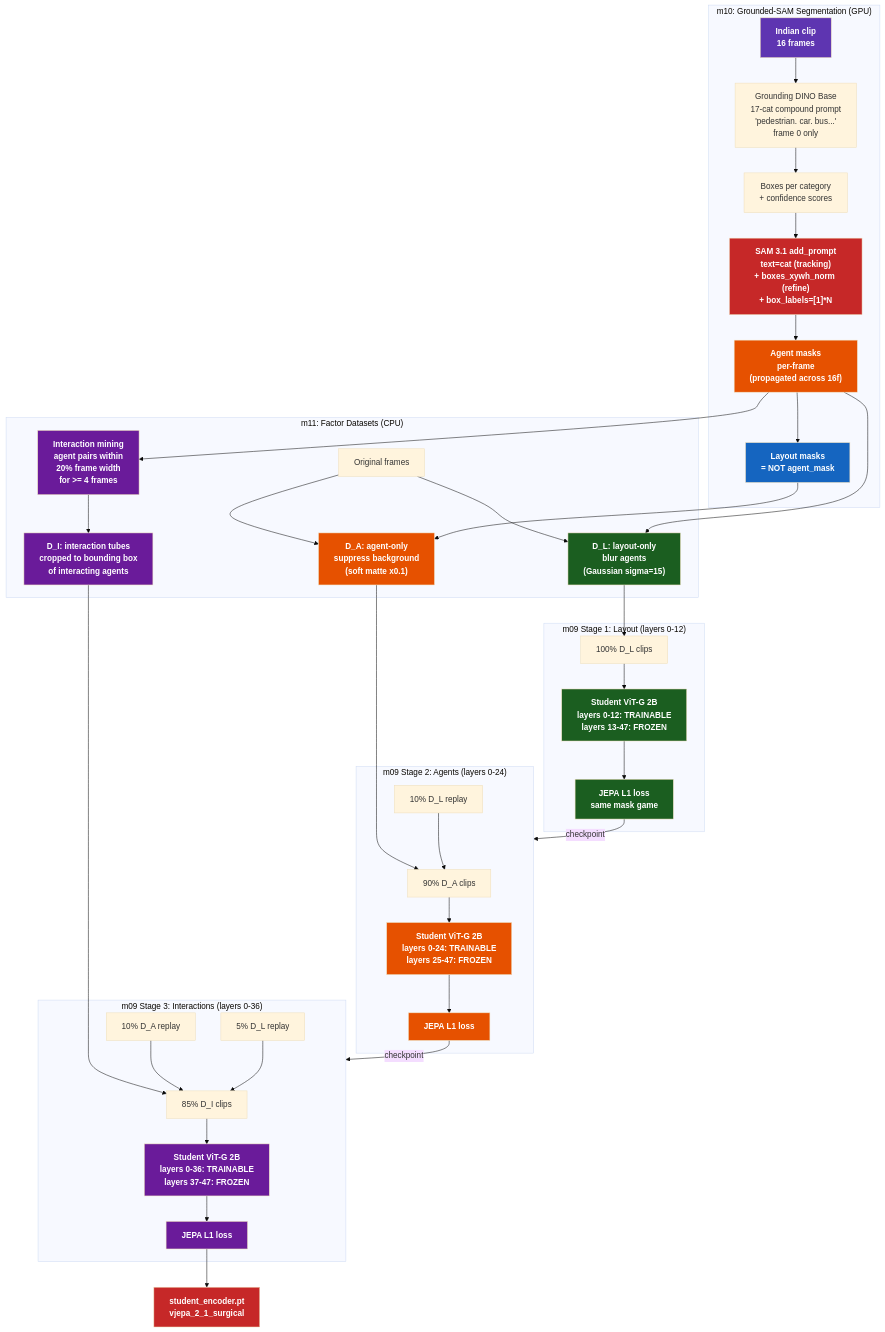
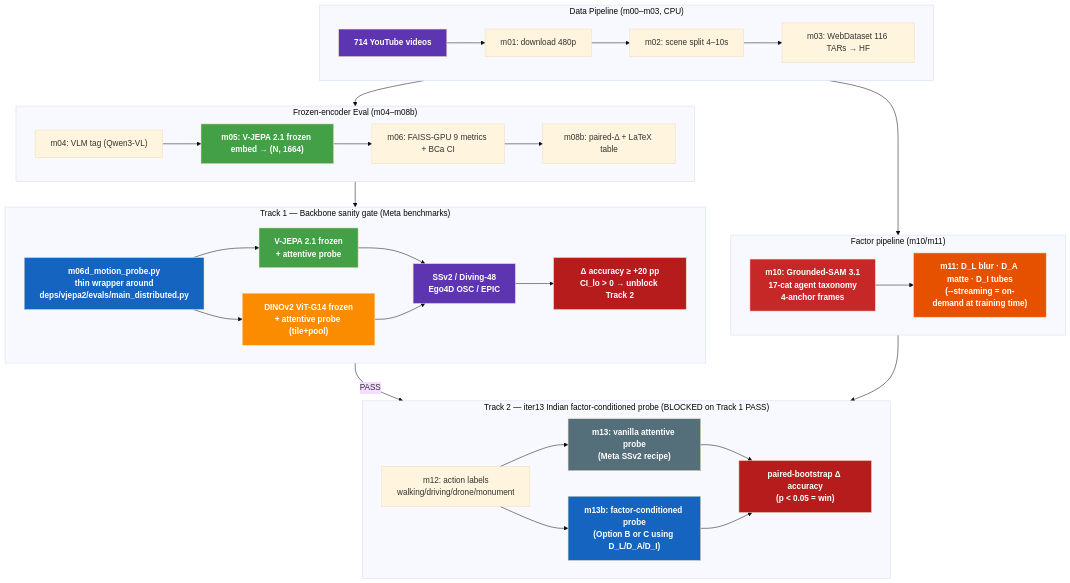
Before and after one commit to kapilw25/factorjepa: the diagram in iter/iter12_multitask_LOSS/plan_training.md, drawn with Mermaid (base theme). The commit also changed other lines of this file and 4 other files, not shown here.

````diff
--- a/iter/iter12_multitask_LOSS/plan_training.md
+++ b/iter/iter12_multitask_LOSS/plan_training.md
@@ -228,60 +158,66 @@
 ```mermaid
 flowchart TB
-    subgraph SAM ["m10: Grounded-SAM Segmentation (GPU)"]
-        CLIP["Indian clip<br>16 frames"] --> DINO["Grounding DINO Base<br>17-cat compound prompt<br>'pedestrian. car. bus...'<br>frame 0 only"]
-        DINO --> BOXES["Boxes per category<br>+ confidence scores"]
-        BOXES --> SAM31["SAM 3.1 add_prompt<br>text=cat (tracking)<br>+ boxes_xywh_norm (refine)<br>+ box_labels=[1]*N"]
-        SAM31 --> AMASK["Agent masks<br>per-frame<br>(propagated across 16f)"]
-        AMASK --> LMASK["Layout masks<br>= NOT agent_mask"]
+    subgraph DATA ["Data Pipeline (m00–m03, CPU)"]
+        direction LR
+        YT["714 YouTube videos"] --> DL_V["m01: download 480p"]
+        DL_V --> SCENE["m02: scene split 4–10s"]
+        SCENE --> PACK["m03: WebDataset 116 TARs → HF"]
     end
 
-    subgraph FACTOR ["m11: Factor Datasets (CPU)"]
-        CLIP2["Original frames"] --> DL["D_L: layout-only<br>blur agents<br>(Gaussian sigma=15)"]
-        CLIP2 --> DA["D_A: agent-only<br>suppress background<br>(soft matte x0.1)"]
-        AMASK --> DL
-        LMASK --> DA
-        AMASK --> MINE["Interaction mining<br>agent pairs within<br>20% frame width<br>for >= 4 frames"]
-        MINE --> DI["D_I: interaction tubes<br>cropped to bounding box<br>of interacting agents"]
+    subgraph EVAL ["Frozen-encoder Eval (m04–m08b)"]
+        direction LR
+        TAG["m04: VLM tag (Qwen3-VL)"]
+        EMB["m05: V-JEPA 2.1 frozen embed → (N, 1664)"]
+        FAISS["m06: FAISS-GPU 9 metrics + BCa CI"]
+        COMP["m08b: paired-Δ + LaTeX table"]
+        TAG --> EMB --> FAISS --> COMP
     end
 
-    subgraph STAGE1 ["m09 Stage 1: Layout (layers 0-12)"]
-        DL --> S1_IN["100% D_L clips"]
-        S1_IN --> S1_STU["Student ViT-G 2B<br>layers 0-12: TRAINABLE<br>layers 13-47: FROZEN"]
-        S1_STU --> S1_L["JEPA L1 loss<br>same mask game"]
+    subgraph FACTORS ["Factor pipeline (m10/m11)"]
+        direction LR
+        SAM["m10: Grounded-SAM 3.1<br>17-cat agent taxonomy<br>4-anchor frames"]
+        FAC["m11: D_L blur · D_A matte · D_I tubes<br>(--streaming = on-demand at training time)"]
+        SAM --> FAC
     end
 
-    subgraph STAGE2 ["m09 Stage 2: Agents (layers 0-24)"]
-        DA --> S2_A["90% D_A clips"]
-        DL2["10% D_L replay"] --> S2_A
-        S2_A --> S2_STU["Student ViT-G 2B<br>layers 0-24: TRAINABLE<br>layers 25-47: FROZEN"]
-        S2_STU --> S2_L["JEPA L1 loss"]
+    subgraph TRACK1 ["Track 1 — Backbone sanity gate (Meta benchmarks)"]
+        direction LR
+        M06D["m06d_motion_probe.py<br>thin wrapper around<br>deps/vjepa2/evals/main_distributed.py"]
+        VJ_PROBE["V-JEPA 2.1 frozen<br>+ attentive probe"]
+        DINO_PROBE["DINOv2 ViT-G14 frozen<br>+ attentive probe (tile+pool)"]
+        BENCH["SSv2 / Diving-48<br>Ego4D OSC / EPIC"]
+        GATE["Δ accuracy ≥ +20 pp<br>CI_lo > 0 → unblock Track 2"]
+        M06D --> VJ_PROBE --> BENCH
+        M06D --> DINO_PROBE --> BENCH
+        BENCH --> GATE
     end
 
-    subgraph STAGE3 ["m09 Stage 3: Interactions (layers 0-36)"]
-        DI --> S3_I["85% D_I clips"]
-        DA2["10% D_A replay"] --> S3_I
-        DL3["5% D_L replay"] --> S3_I
-        S3_I --> S3_STU["Student ViT-G 2B<br>layers 0-36: TRAINABLE<br>layers 37-47: FROZEN"]
-        S3_STU --> S3_L["JEPA L1 loss"]
+    subgraph TRACK2 ["Track 2 — iter13 Indian factor-conditioned probe (BLOCKED on Track 1 PASS)"]
+        direction LR
+        LBL["m12: action labels<br>walking/driving/drone/monument"]
+        P_FROZEN["m13: vanilla attentive probe<br>(Meta SSv2 recipe)"]
+        P_SURG["m13b: factor-conditioned probe<br>(Option B or C using D_L/D_A/D_I)"]
+        DELTA["paired-bootstrap Δ accuracy<br>(p < 0.05 = win)"]
+        LBL --> P_FROZEN --> DELTA
+        LBL --> P_SURG --> DELTA
+        FAC --> P_SURG
     end
 
-    S1_L -->|"checkpoint"| STAGE2
-    S2_L -->|"checkpoint"| STAGE3
-    S3_L --> EXPORT["student_encoder.pt<br>vjepa_2_1_surgical"]
+    DATA --> EVAL
+    DATA --> FACTORS
+    EVAL --> TRACK1
+    GATE -->|"PASS"| TRACK2
 
-    style CLIP fill:#5e35b1,color:#fff,font-weight:bold
-    style SAM31 fill:#c62828,color:#fff,font-weight:bold
-    style AMASK fill:#e65100,color:#fff,font-weight:bold
-    style LMASK fill:#1565c0,color:#fff,font-weight:bold
-    style DL fill:#1b5e20,color:#fff,font-weight:bold
-    style DA fill:#e65100,color:#fff,font-weight:bold
-    style MINE fill:#6a1b9a,color:#fff,font-weight:bold
-    style DI fill:#6a1b9a,color:#fff,font-weight:bold
-    style S1_STU fill:#1b5e20,color:#fff,font-weight:bold
-    style S1_L fill:#1b5e20,color:#fff,font-weight:bold
-    style S2_STU fill:#e65100,color:#fff,font-weight:bold
-    style S2_L fill:#e65100,color:#fff,font-weight:bold
-    style S3_STU fill:#6a1b9a,color:#fff,font-weight:bold
-    style S3_L fill:#6a1b9a,color:#fff,font-weight:bold
-    style EXPORT fill:#c62828,color:#fff,font-weight:bold
+    style YT fill:#5e35b1,color:#fff,font-weight:bold
+    style EMB fill:#43a047,color:#fff,font-weight:bold
+    style SAM fill:#c62828,color:#fff,font-weight:bold
+    style FAC fill:#e65100,color:#fff,font-weight:bold
+    style P_FROZEN fill:#546e7a,color:#fff,font-weight:bold
+    style P_SURG fill:#1565c0,color:#fff,font-weight:bold
+    style DELTA fill:#b71c1c,color:#fff,font-weight:bold
+    style M06D fill:#1565c0,color:#fff,font-weight:bold
+    style VJ_PROBE fill:#43a047,color:#fff,font-weight:bold
+    style DINO_PROBE fill:#fb8c00,color:#fff,font-weight:bold
+    style BENCH fill:#5e35b1,color:#fff,font-weight:bold
+    style GATE fill:#b71c1c,color:#fff,font-weight:bold
 ```
````
